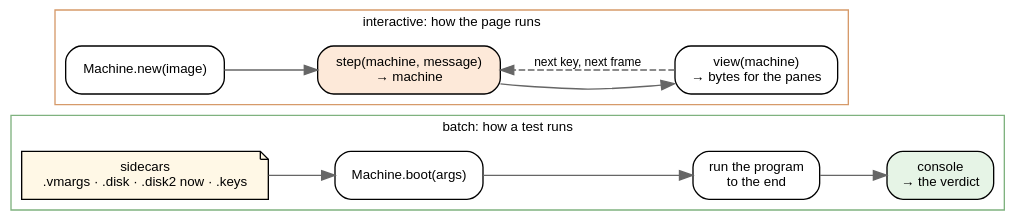
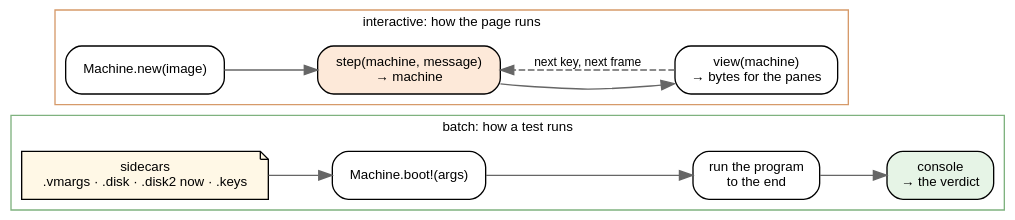
Before and after one commit to showell/essay-repl-server: the seventh of 9 diagrams in notes/roc-machine-emulator.md, drawn with Graphviz. The commit also changed other lines of this file, not shown here.

First line of the commit message:
roc-machine-emulator: step 4, a real device

````diff
--- a/notes/roc-machine-emulator.md
+++ b/notes/roc-machine-emulator.md
@@ -307,25 +383,25 @@
 ```dot
 digraph modes {
   rankdir=LR; bgcolor="transparent";
   node [shape=box style="rounded,filled" fontname="Helvetica" fontsize=10 fillcolor="#ffffff"];
   edge [fontname="Helvetica" fontsize=9 color="#666666"];
 
   subgraph cluster_batch {
     label="batch: how a test runs"; fontname="Helvetica"; fontsize=10; color="#7fb27f";
     side [label="sidecars\n.vmargs · .disk · .disk2 now · .keys" shape=note fillcolor="#fff8e6"];
-    b1 [label="Machine.boot(args)"];
+    b1 [label="Machine.boot!(args)"];
     b2 [label="run the program\nto the end"];
     b3 [label="console\n→ the verdict" fillcolor="#e6f4e6"];
     side -> b1 -> b2 -> b3;
   }
 
   subgraph cluster_live {
     label="interactive: how the page runs"; fontname="Helvetica"; fontsize=10; color="#d69a6a";
     l1 [label="Machine.new(image)"];
     l2 [label="step(machine, message)\n→ machine" fillcolor="#fde9d9"];
     l3 [label="view(machine)\n→ bytes for the panes"];
     l1 -> l2 -> l3;
     l3 -> l2 [label="next key, next frame" style=dashed];
   }
 }
 ```
````
